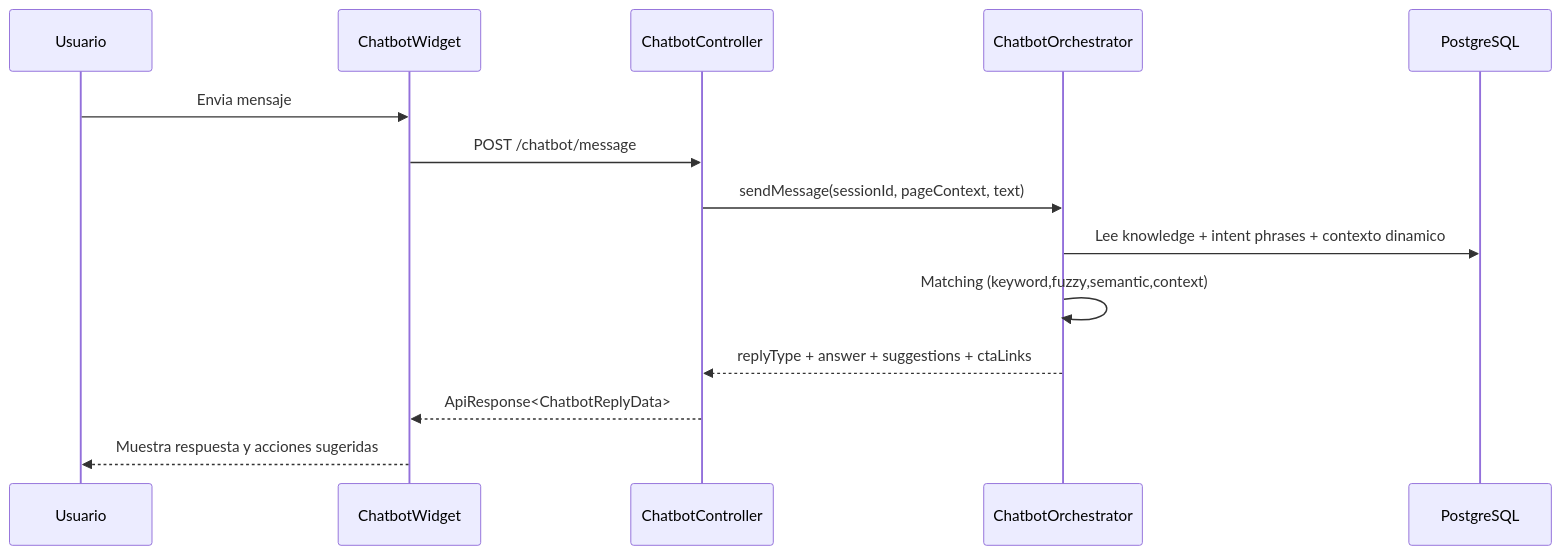
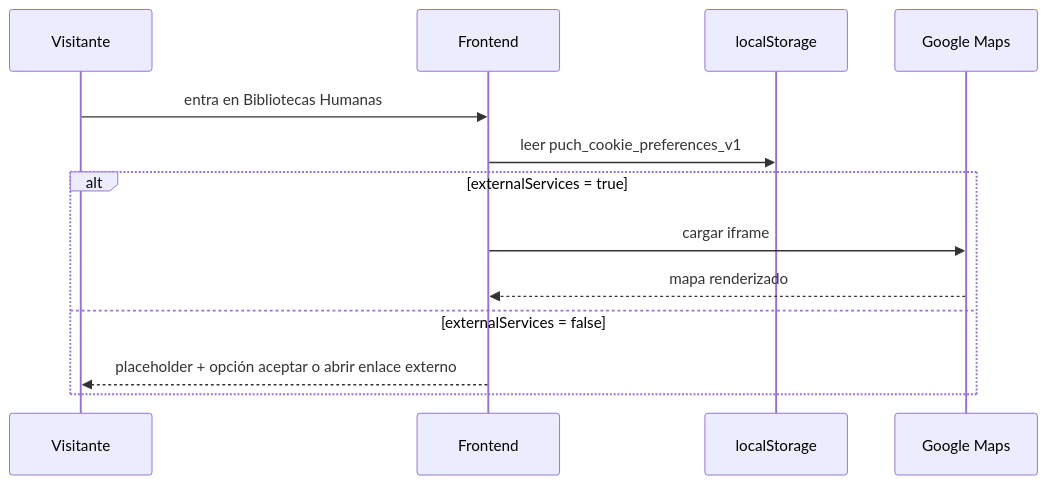
Before and after one commit to RoockDev/proyecto-proclade: the third of 4 diagrams in docs/02-architecture/02.4-runtime-flows.md, drawn with Mermaid. The commit also changed other lines of this file and 42 other files, not shown here.

````diff
--- a/docs/02-architecture/02.4-runtime-flows.md
+++ b/docs/02-architecture/02.4-runtime-flows.md
@@ -61,17 +44,16 @@
 ```mermaid
 sequenceDiagram
-  participant U as Usuario
-  participant FE as ChatbotWidget
-  participant BOT as ChatbotController
-  participant ORC as ChatbotOrchestrator
-  participant DB as PostgreSQL
+  participant U as Visitante
+  participant FE as Frontend
+  participant LS as localStorage
+  participant Maps as Google Maps
 
-  U->>FE: Envia mensaje
-  FE->>BOT: POST /chatbot/message
-  BOT->>ORC: sendMessage(sessionId, pageContext, text)
-  ORC->>DB: Lee knowledge + intent phrases + contexto dinamico
-  ORC->>ORC: Matching (keyword,fuzzy,semantic,context)
-  ORC-->>BOT: replyType + answer + suggestions + ctaLinks
-  BOT-->>FE: ApiResponse<ChatbotReplyData>
-  FE-->>U: Muestra respuesta y acciones sugeridas
+  U->>FE: entra en Bibliotecas Humanas
+  FE->>LS: leer puch_cookie_preferences_v1
+  alt externalServices = true
+    FE->>Maps: cargar iframe
+    Maps-->>FE: mapa renderizado
+  else externalServices = false
+    FE-->>U: placeholder + opción aceptar o abrir enlace externo
+  end
 ```
````
